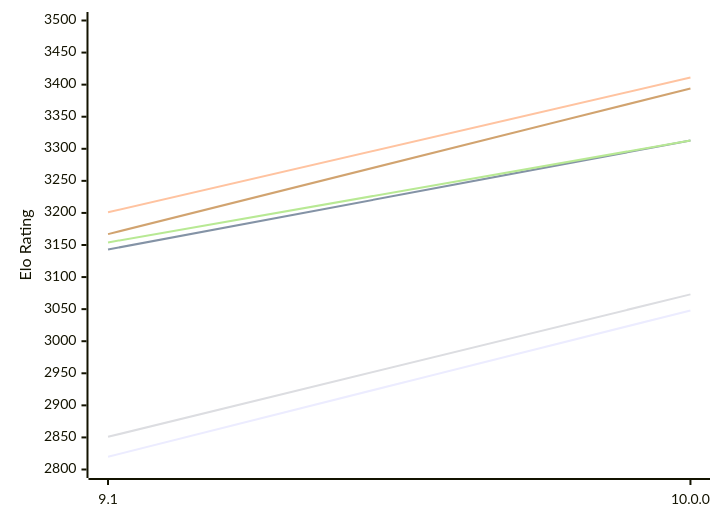
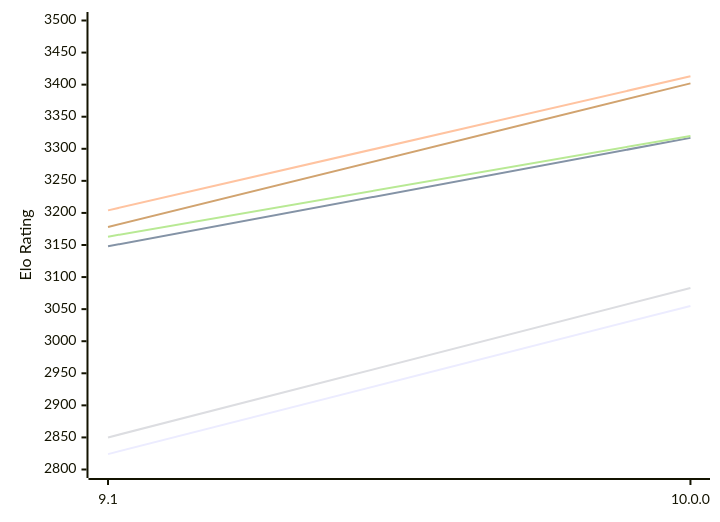
One commit to computer-chess-index/cci changed the first of 2 diagrams in engines/Pea.md. Above: the diagram before and after it, drawn with Mermaid. The commit also changed other lines of this file, not shown here.

Commit message:
Update CCI Ratings (ELO VLTC) - 2026-11-25

````diff
--- a/engines/Pea.md
+++ b/engines/Pea.md
@@ -58,12 +58,12 @@
 ```mermaid
 %%{init: {"theme":"base","themeVariables":{"seriesColors:['#a3a3a3','#222221','#faa371']}}}%%
 xychart-beta
   x-axis ["9.1", "10.0.0"]
   y-axis "Elo Rating" 2800 --> 3500
-  line "E1: STC (8.0+0.08s)" [2820, 3048]
-  line "E1: LTC (60.0+0.60s)" [3143, 3313]
-  line "E1: VLTC (2m24s+1.12s)" [3201, 3411]
-  line "P1: STC (8.0+0.08s)" [2851, 3073]
-  line "P1: LTC (60.0+0.60s)" [3154, 3313]
-  line "P1: VLTC (2m24s+1.12s)" [3167, 3394]
+  line "E1: STC (8.0+0.08s)" [2824, 3055]
+  line "E1: LTC (60.0+0.60s)" [3148, 3317]
+  line "E1: VLTC (2m24s+1.12s)" [3204, 3413]
+  line "P1: STC (8.0+0.08s)" [2850, 3083]
+  line "P1: LTC (60.0+0.60s)" [3163, 3320]
+  line "P1: VLTC (2m24s+1.12s)" [3178, 3402]
 ```
````
